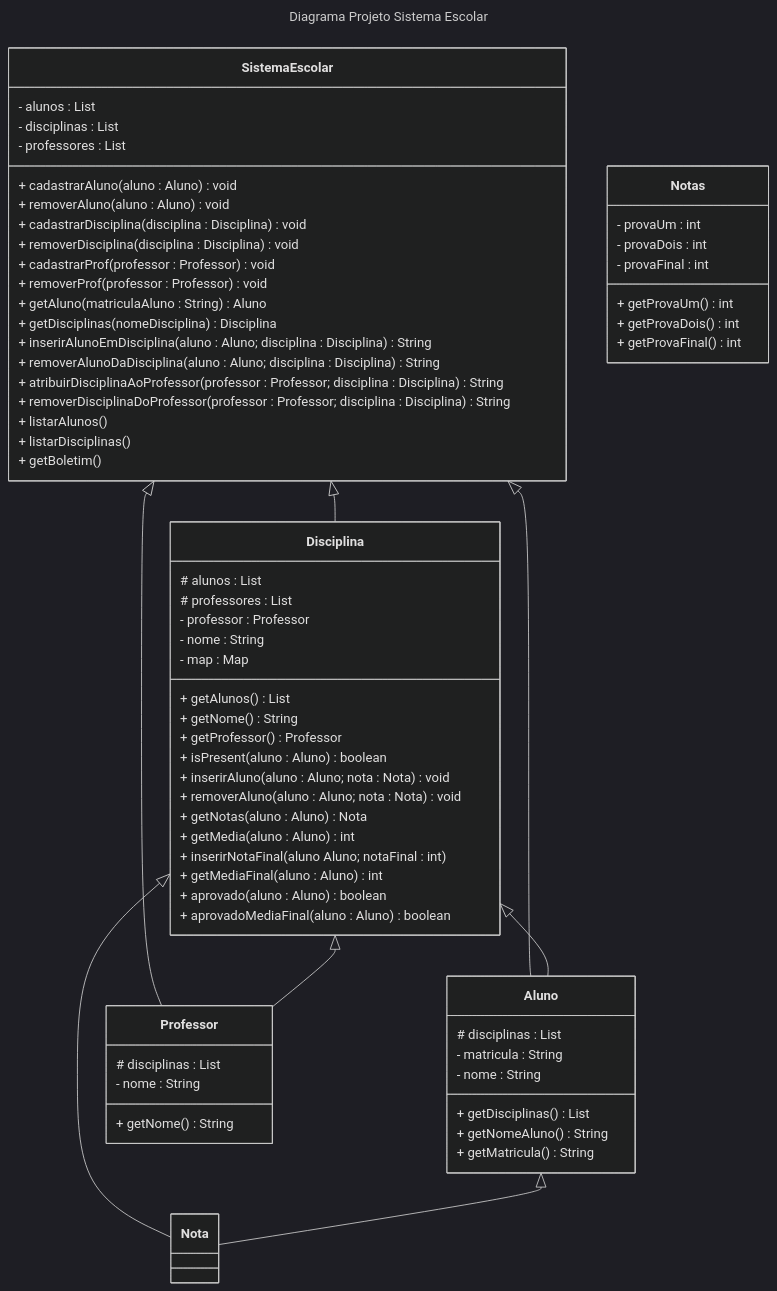
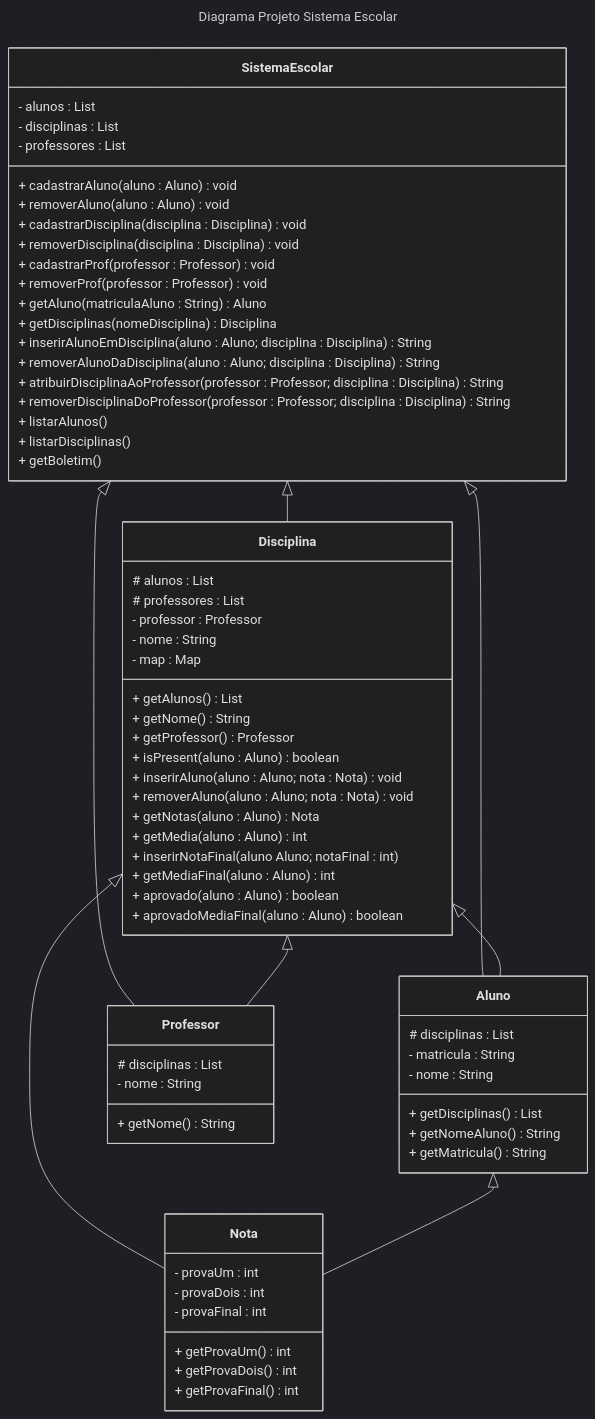
Before and after one commit to vSteps/POO: the diagram in Projeto_POO/diagrama.md, drawn with Mermaid (dark theme).

````diff
--- a/Projeto_POO/diagrama.md
+++ b/Projeto_POO/diagrama.md
@@ -1,78 +1,78 @@
 ```mermaid
 ---
 title: Diagrama Projeto Sistema Escolar
 ---
 classDiagram
     SistemaEscolar <|-- Aluno
     SistemaEscolar <|-- Disciplina
     SistemaEscolar <|-- Professor
     Disciplina <|-- Professor
     Disciplina <|-- Aluno
     Disciplina <|-- Nota
     Aluno <|-- Nota
 
 
     class SistemaEscolar{
          - alunos : List<Aluno>
          - disciplinas : List<Disciplina>
          - professores : List<Professor>
          + cadastrarAluno(aluno : Aluno) void
          + removerAluno(aluno : Aluno) void
          + cadastrarDisciplina(disciplina : Disciplina) void
          + removerDisciplina(disciplina : Disciplina) void
          + cadastrarProf(professor : Professor) void
          + removerProf(professor : Professor) void
          + getAluno(matriculaAluno : String) Aluno
          + getDisciplinas(nomeDisciplina) Disciplina
          + inserirAlunoEmDisciplina(aluno : Aluno; disciplina : Disciplina) String
          + removerAlunoDaDisciplina(aluno : Aluno; disciplina : Disciplina) String
          + atribuirDisciplinaAoProfessor(professor : Professor; disciplina : Disciplina) String
          + removerDisciplinaDoProfessor(professor : Professor; disciplina : Disciplina) String
          + listarAlunos()
          + listarDisciplinas()
          + getBoletim()
     }
     class Aluno{
         # disciplinas : List<Disciplina>
         - matricula : String
         - nome : String
         + getDisciplinas() List<Disciplina>
         + getNomeAluno() String
         + getMatricula() String
         
     }
     class Disciplina{
         # alunos : List<Aluno>
         # professores : List<Professor>
         - professor : Professor
         - nome : String
         - map : Map<Aluno, Nota>
         + getAlunos() List<Aluno>
         + getNome()  String
         + getProfessor()  Professor
         + isPresent(aluno : Aluno)  boolean
         + inserirAluno(aluno : Aluno; nota : Nota)  void
         + removerAluno(aluno : Aluno; nota : Nota)  void
         + getNotas(aluno : Aluno)  Nota
         + getMedia(aluno : Aluno)  int
         + inserirNotaFinal(aluno  Aluno; notaFinal : int)
         + getMediaFinal(aluno : Aluno)  int
         + aprovado(aluno : Aluno)  boolean
         + aprovadoMediaFinal(aluno : Aluno)  boolean
     }
     class Professor{
         # disciplinas : List<Disciplina>
         - nome : String
         + getNome()  String
     }
 
-    class Notas{
+    class Nota{
         - provaUm : int
         - provaDois : int
         - provaFinal : int
         + getProvaUm()  int
         + getProvaDois()  int
         + getProvaFinal()  int
     }
 
 ```
````
